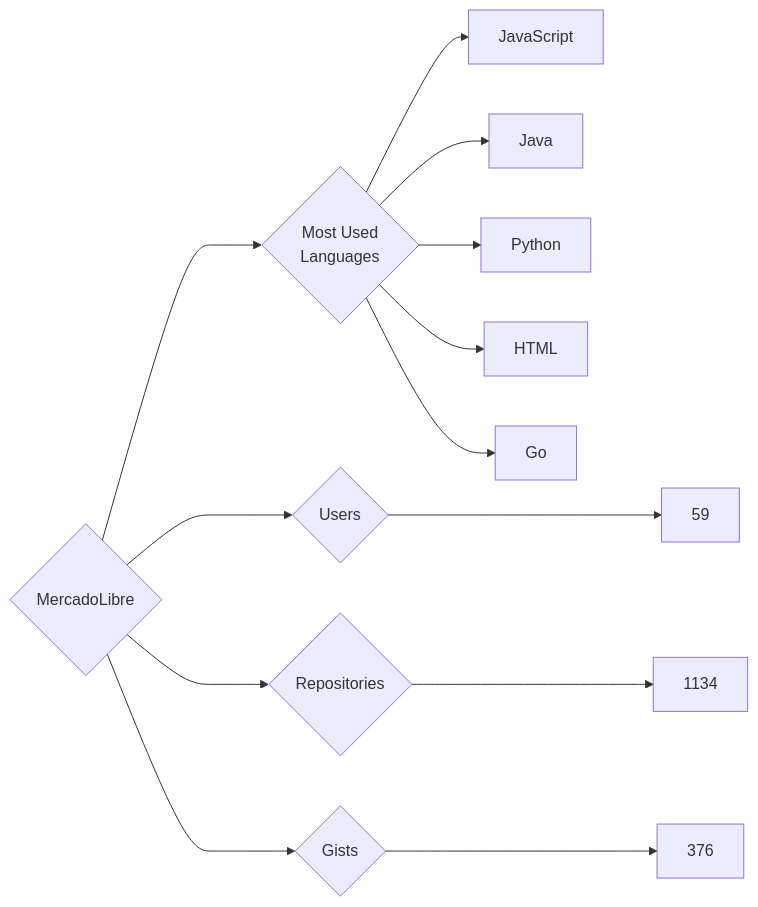
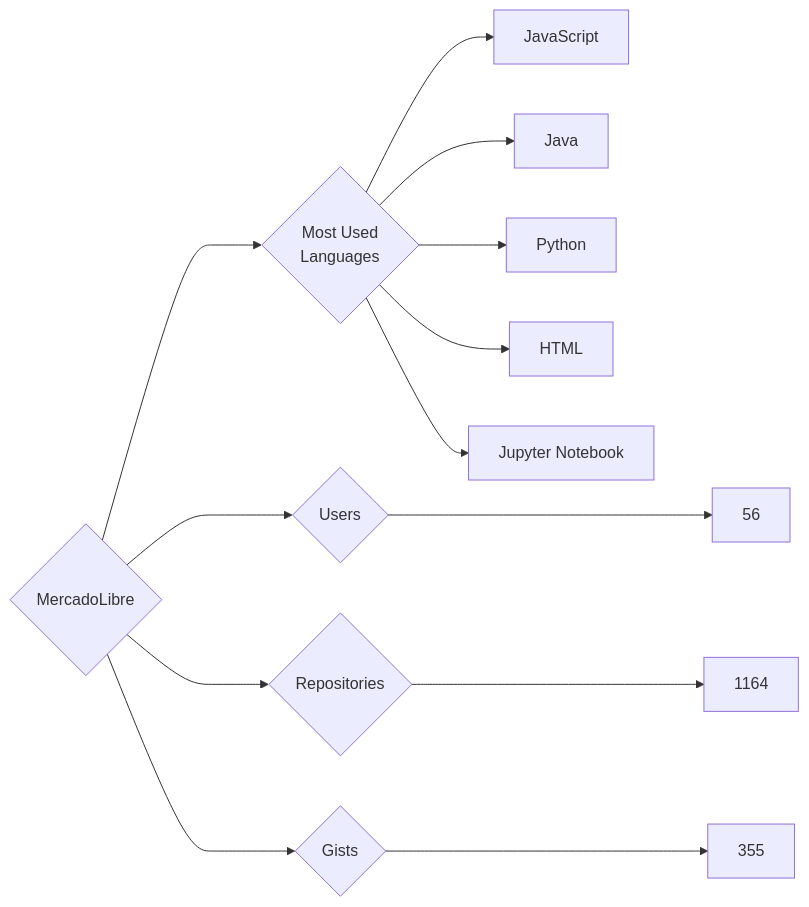
One commit to trickest/insiders changed the diagram in targets/MercadoLibre/README.md. Above: the diagram before and after it, drawn with Mermaid. The commit also changed 953 other files, not shown here.

````diff
--- a/targets/MercadoLibre/README.md
+++ b/targets/MercadoLibre/README.md
@@ -3,13 +3,13 @@
 ```mermaid
 graph LR
 COMPANY_NAME{MercadoLibre}
-COMPANY_NAME ---> U{Users} ---> UN[59]
-COMPANY_NAME ---> R{Repositories} ---> RN[1134]
-COMPANY_NAME ---> G{Gists} ---> GN[376]
+COMPANY_NAME ---> U{Users} ---> UN[56]
+COMPANY_NAME ---> R{Repositories} ---> RN[1164]
+COMPANY_NAME ---> G{Gists} ---> GN[355]
 COMPANY_NAME ---> ML{Most Used<br>Languages}
 ML --> JavaScript[JavaScript]
 ML --> Java[Java]
 ML --> Python[Python]
 ML --> HTML[HTML]
-ML --> Go[Go]
+ML --> Jupyter_Notebook[Jupyter Notebook]
 ```
````
